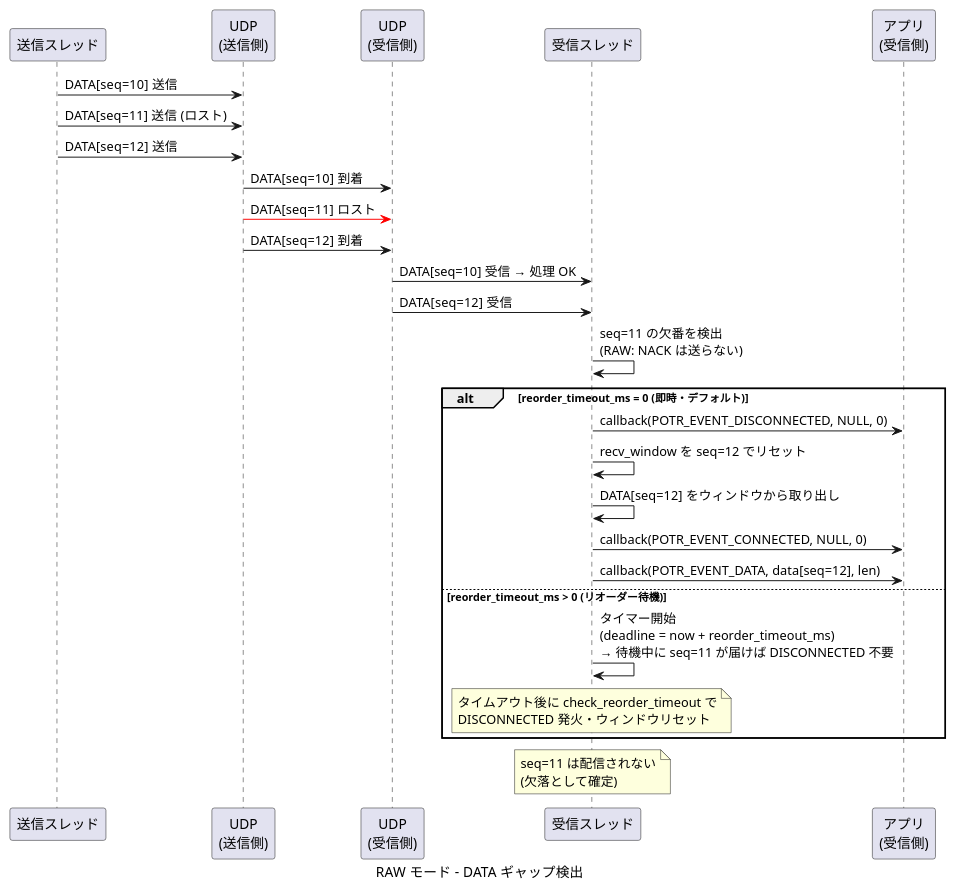
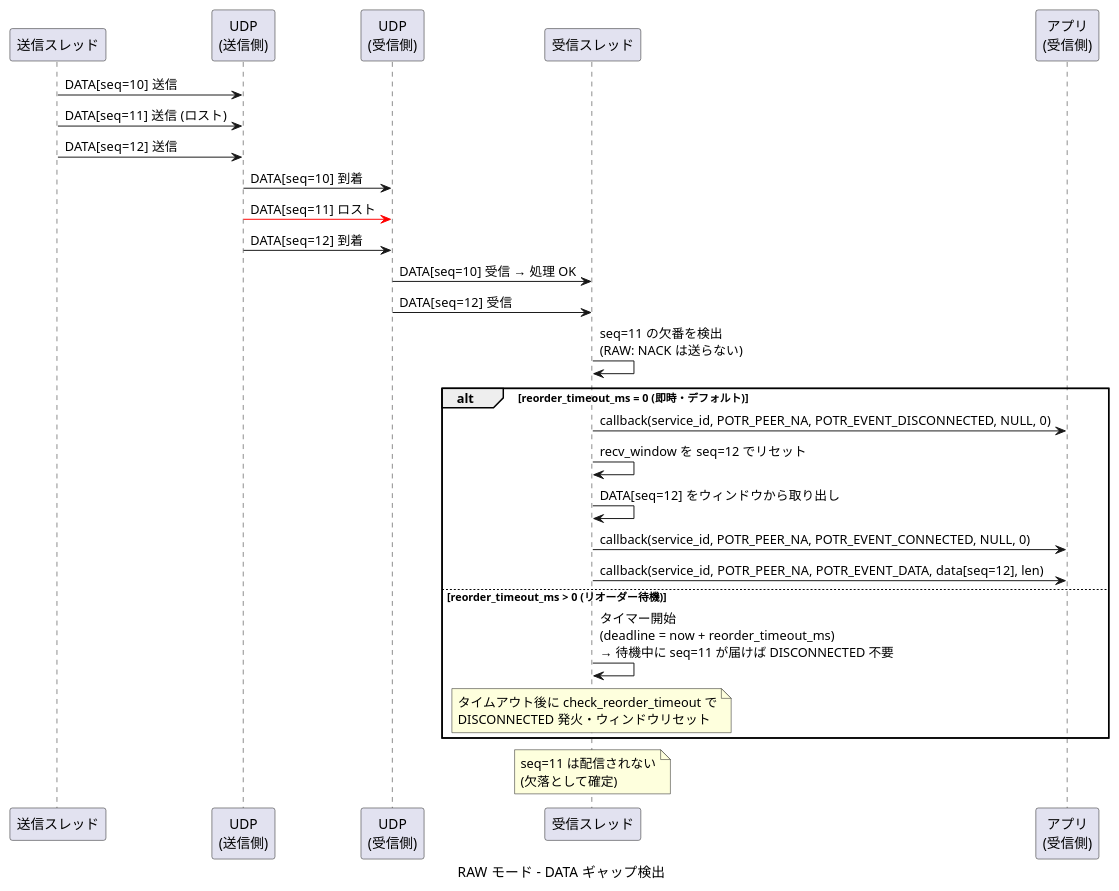
Diagram 14 of 20 in prod/porter/docs/sequence.md (Hondarer/c-modernization-kit), drawn with PlantUML before and after one commit. The commit also changed other lines of this file and 13 other files, not shown here.

````diff
--- a/prod/porter/docs/sequence.md
+++ b/prod/porter/docs/sequence.md
@@ -512,38 +512,38 @@
 ```plantuml
 @startuml RAW モード - DATA ギャップ検出
 caption RAW モード - DATA ギャップ検出
 
 participant "送信スレッド" as ST
 participant "UDP\n(送信側)" as SUDP
 participant "UDP\n(受信側)" as RUDP
 participant "受信スレッド" as RRT
 participant "アプリ\n(受信側)" as RAPP
 
 ST -> SUDP: DATA[seq=10] 送信
 ST -> SUDP: DATA[seq=11] 送信 (ロスト)
 ST -> SUDP: DATA[seq=12] 送信
 
 SUDP -> RUDP: DATA[seq=10] 到着
 SUDP -[#red]> RUDP: DATA[seq=11] ロスト
 SUDP -> RUDP: DATA[seq=12] 到着
 
 RUDP -> RRT: DATA[seq=10] 受信 → 処理 OK
 RUDP -> RRT: DATA[seq=12] 受信
 
 RRT -> RRT: seq=11 の欠番を検出\n(RAW: NACK は送らない)
 
 alt reorder_timeout_ms = 0 (即時・デフォルト)
-  RRT -> RAPP: callback(POTR_EVENT_DISCONNECTED, NULL, 0)
+  RRT -> RAPP: callback(service_id, POTR_PEER_NA, POTR_EVENT_DISCONNECTED, NULL, 0)
   RRT -> RRT: recv_window を seq=12 でリセット
   RRT -> RRT: DATA[seq=12] をウィンドウから取り出し
-  RRT -> RAPP: callback(POTR_EVENT_CONNECTED, NULL, 0)
-  RRT -> RAPP: callback(POTR_EVENT_DATA, data[seq=12], len)
+  RRT -> RAPP: callback(service_id, POTR_PEER_NA, POTR_EVENT_CONNECTED, NULL, 0)
+  RRT -> RAPP: callback(service_id, POTR_PEER_NA, POTR_EVENT_DATA, data[seq=12], len)
 else reorder_timeout_ms > 0 (リオーダー待機)
   RRT -> RRT: タイマー開始\n(deadline = now + reorder_timeout_ms)\n→ 待機中に seq=11 が届けば DISCONNECTED 不要
   note over RRT: タイムアウト後に check_reorder_timeout で\nDISCONNECTED 発火・ウィンドウリセット
 end
 
 note over RRT: seq=11 は配信されない\n(欠落として確定)
 
 @enduml
 ```
````
